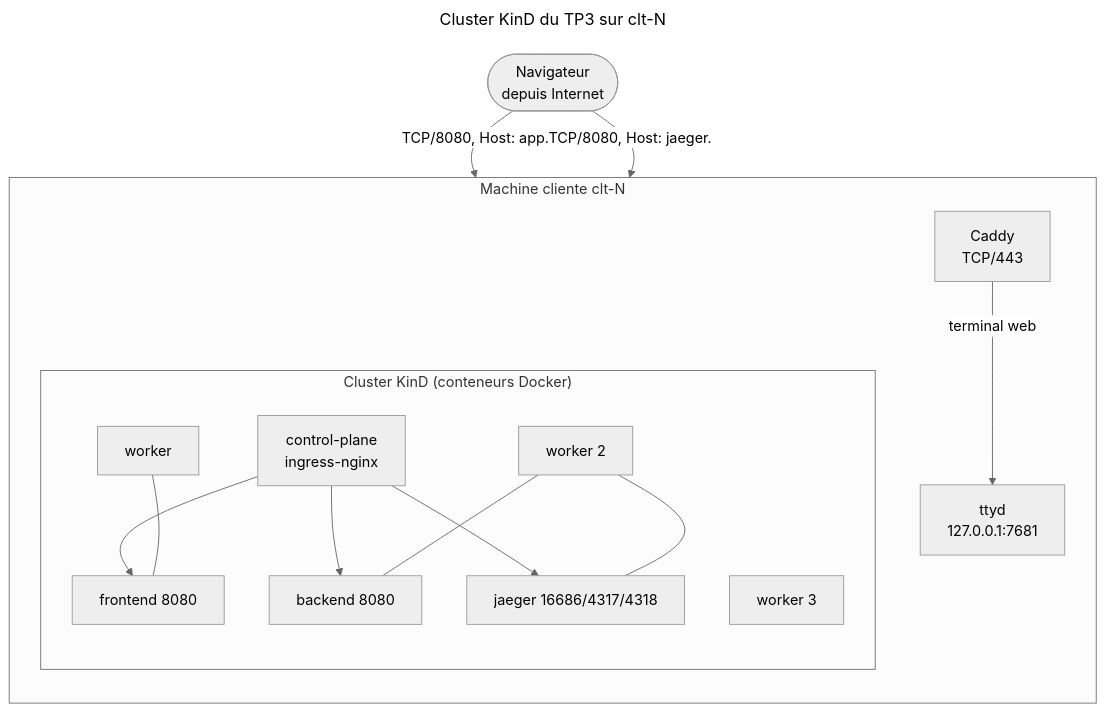
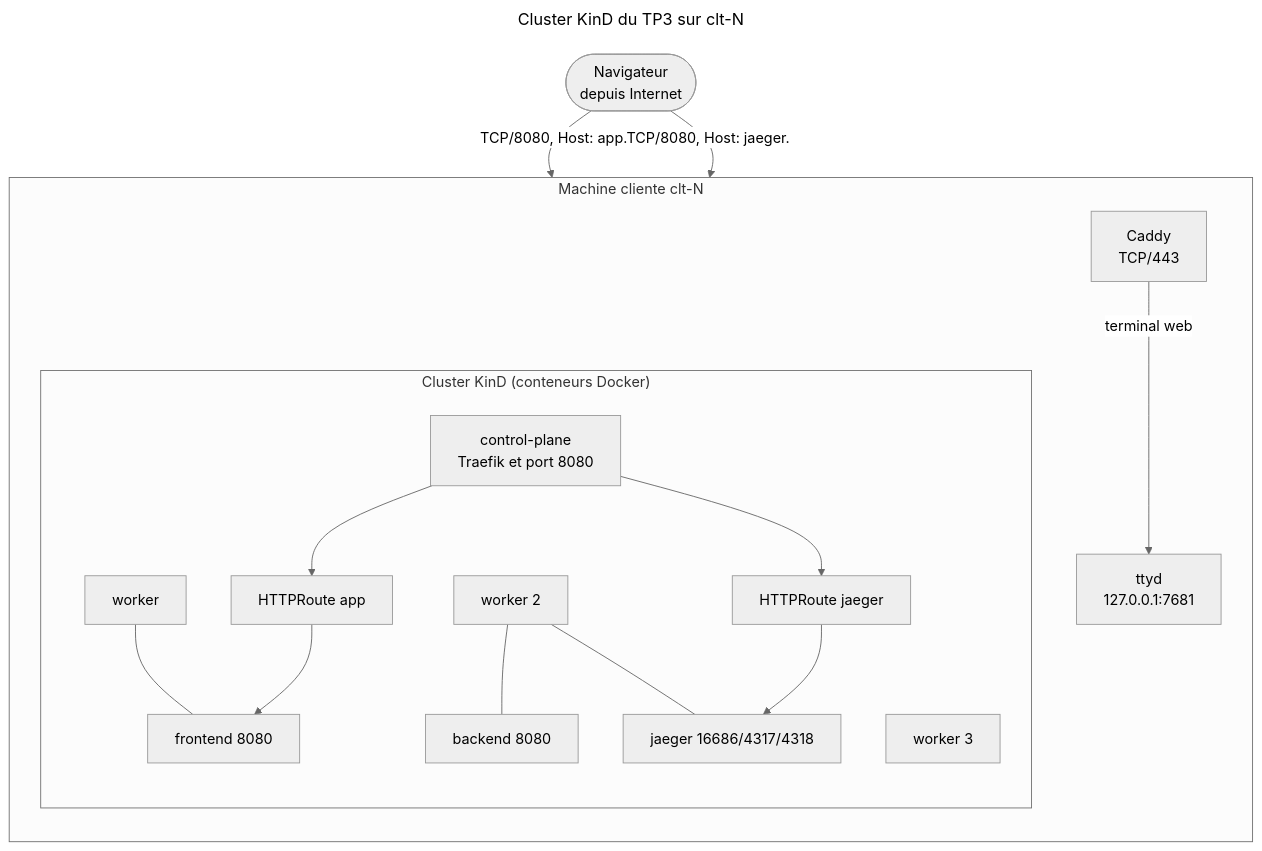
One commit to pragmatic-fermat/opentelemetry-labs changed the first of 3 diagrams in Lab_TP03_Kubernetes.md. Above: the diagram before and after it, drawn with Mermaid (neutral theme). The commit also changed other lines of this file and 2 other files, not shown here.

First line of the commit message:
TP3 : Gateway API avec Traefik a la place d'ingress-nginx

````diff
--- a/Lab_TP03_Kubernetes.md
+++ b/Lab_TP03_Kubernetes.md
@@ -59,34 +61,37 @@
 ```mermaid
 ---
 title: Cluster KinD du TP3 sur clt-N
 ---
 flowchart TB
   B([Navigateur<br/>depuis Internet])
 
   subgraph CLT["Machine cliente clt-N"]
     direction TB
     C[Caddy<br/>TCP/443]
     T[ttyd<br/>127.0.0.1:7681]
     C -->|terminal web| T
 
     subgraph K["Cluster KinD (conteneurs Docker)"]
       direction TB
-      CP["control-plane<br/>ingress-nginx"]
+      CP["control-plane<br/>Traefik et port 8080"]
       W1[worker]
       W2[worker 2]
       W3[worker 3]
       P1[frontend 8080]
       P2[backend 8080]
       P3[jaeger 16686/4317/4318]
+      R1["HTTPRoute app"]
+      R2["HTTPRoute jaeger"]
       W1 --- P1
       W2 --- P2
       W2 --- P3
-      CP --> P1
-      CP --> P2
-      CP --> P3
+      CP --> R1
+      CP --> R2
+      R1 --> P1
+      R2 --> P3
     end
   end
 
   B -->|TCP/8080, Host: app.<INGRESS_HOST>| CP
   B -->|TCP/8080, Host: jaeger.<INGRESS_HOST>| CP
 ```
````
